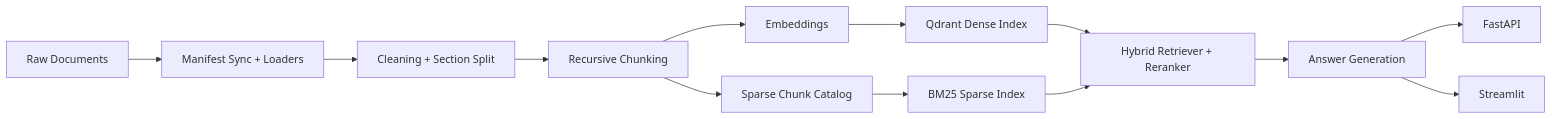
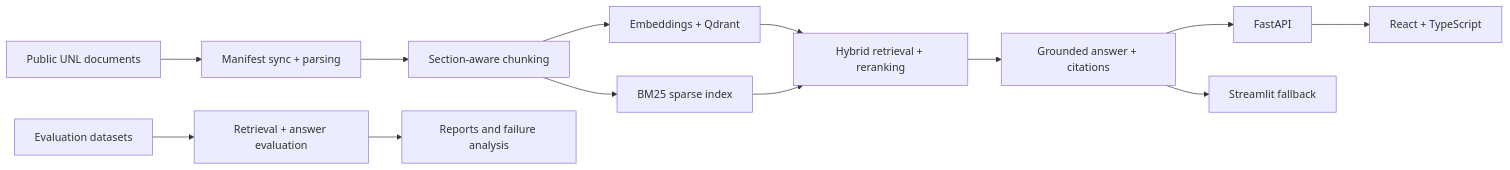
One commit to LeeRuiDa/University-Knowledge-Base-RAG-Assistant changed the diagram in README.md. Above: the diagram before and after it, drawn with Mermaid. The commit also changed other lines of this file and 44 other files, not shown here.

````diff
--- a/README.md
+++ b/README.md
@@ -70,15 +70,15 @@
 ```mermaid
 flowchart LR
-    A["Raw Documents"] --> B["Manifest Sync + Loaders"]
-    B --> C["Cleaning + Section Split"]
-    C --> D["Recursive Chunking"]
-    D --> E["Embeddings"]
-    D --> F["Sparse Chunk Catalog"]
-    E --> G["Qdrant Dense Index"]
-    F --> H["BM25 Sparse Index"]
-    G --> I["Hybrid Retriever + Reranker"]
-    H --> I
-    I --> J["Answer Generation"]
-    J --> K["FastAPI"]
-    J --> L["Streamlit"]
+    A["Public UNL documents"] --> B["Manifest sync + parsing"]
+    B --> C["Section-aware chunking"]
+    C --> D["Embeddings + Qdrant"]
+    C --> E["BM25 sparse index"]
+    D --> F["Hybrid retrieval + reranking"]
+    E --> F
+    F --> G["Grounded answer + citations"]
+    G --> H["FastAPI"]
+    H --> I["React + TypeScript"]
+    G --> J["Streamlit fallback"]
+    K["Evaluation datasets"] --> L["Retrieval + answer evaluation"]
+    L --> M["Reports and failure analysis"]
 ```
````
